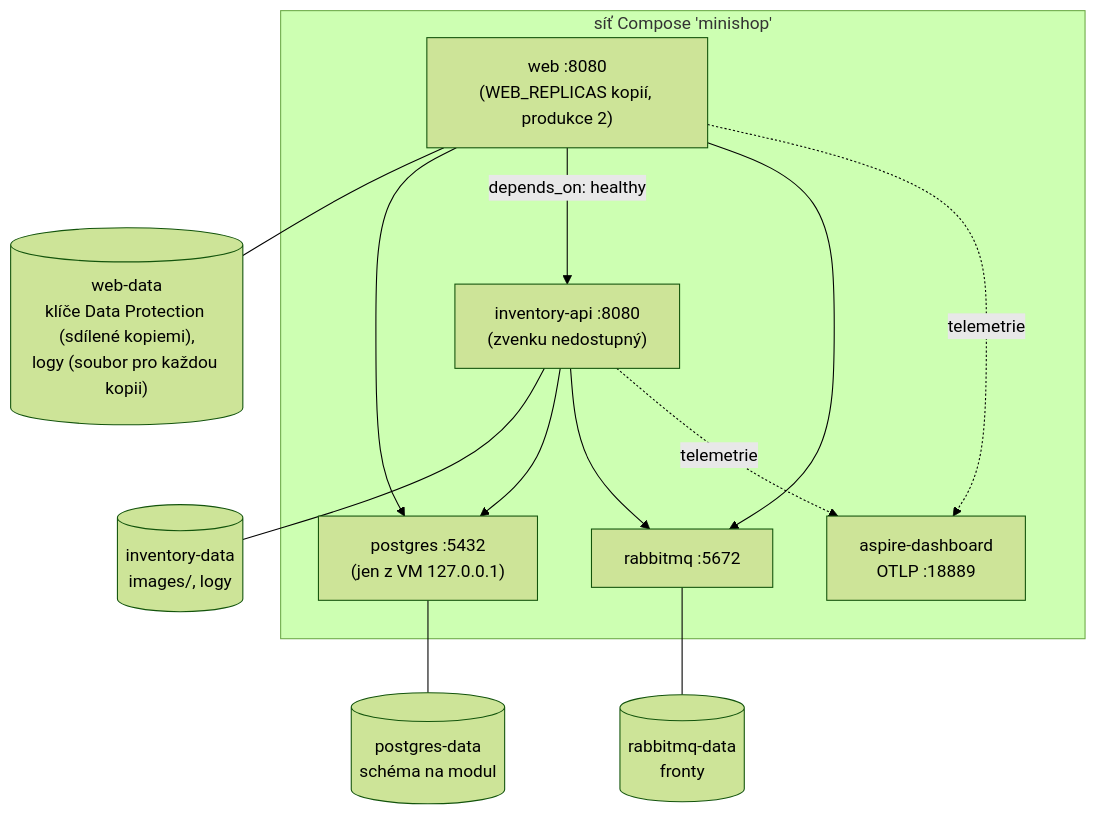
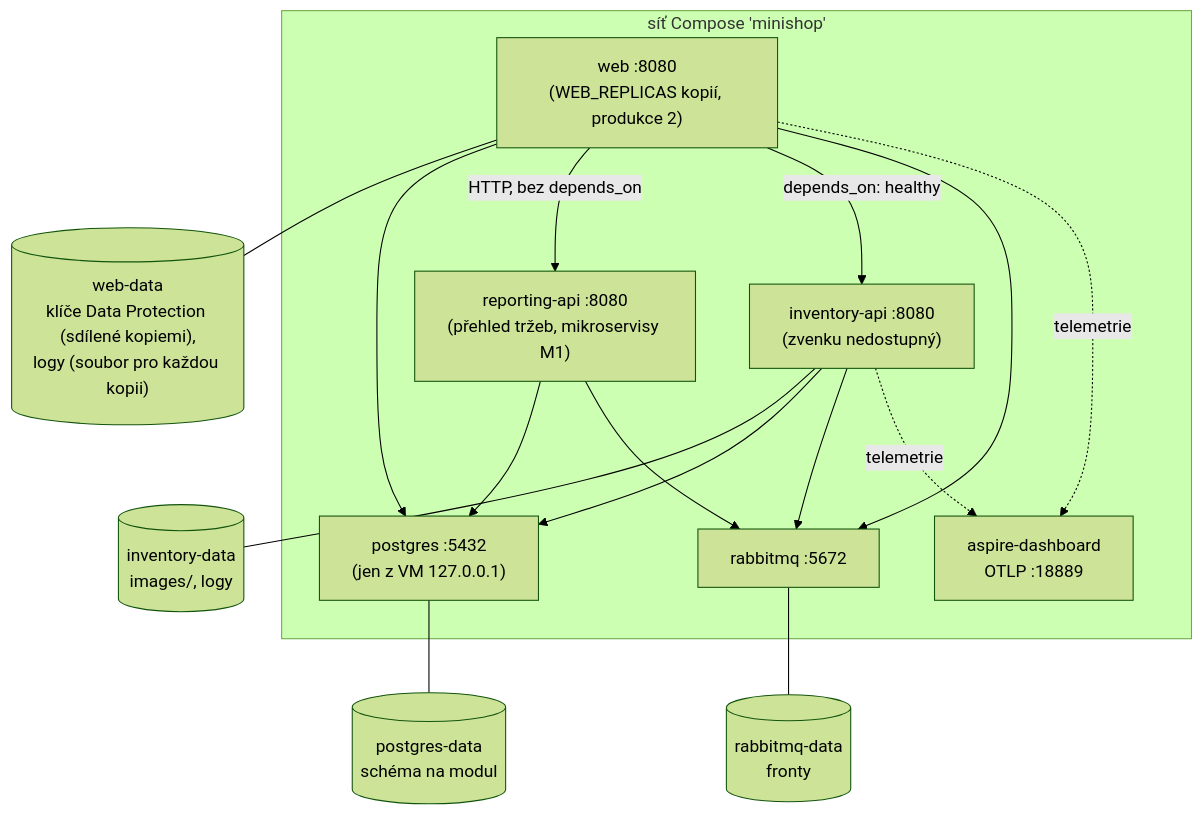
The second of 2 diagrams in docs/prirucka/nasazeni/kontejnery.md (ftichy/MiniShop), drawn with Mermaid (forest theme) before and after one commit. The commit also changed other lines of this file and 56 other files, not shown here.

First line of the commit message:
MIKROSERVISY M1: přehled tržeb jako samostatná služba

````diff
--- a/docs/prirucka/nasazeni/kontejnery.md
+++ b/docs/prirucka/nasazeni/kontejnery.md
@@ -43,25 +44,29 @@
 ```mermaid
 flowchart TB
     subgraph net["síť Compose 'minishop'"]
         web["web :8080<br/>(WEB_REPLICAS kopií, produkce 2)"]
         inv["inventory-api :8080<br/>(zvenku nedostupný)"]
+        rep["reporting-api :8080<br/>(přehled tržeb, mikroservisy M1)"]
         mq["rabbitmq :5672"]
         dash["aspire-dashboard<br/>OTLP :18889"]
         pg["postgres :5432<br/>(jen z VM 127.0.0.1)"]
     end
     wv[("web-data<br/>klíče Data Protection (sdílené kopiemi),<br/>logy (soubor pro každou kopii)")]
     iv[("inventory-data<br/>images/, logy")]
     rv[("rabbitmq-data<br/>fronty")]
     pv[("postgres-data<br/>schéma na modul")]
     web --- wv
     inv --- iv
     mq --- rv
     pg --- pv
     web --> pg
     inv --> pg
+    rep --> pg
+    rep --> mq
+    web -->|"HTTP, bez depends_on"| rep
     web -->|"depends_on: healthy"| inv
     web --> mq
     inv --> mq
     web -.->|telemetrie| dash
     inv -.->|telemetrie| dash
 ```
````
